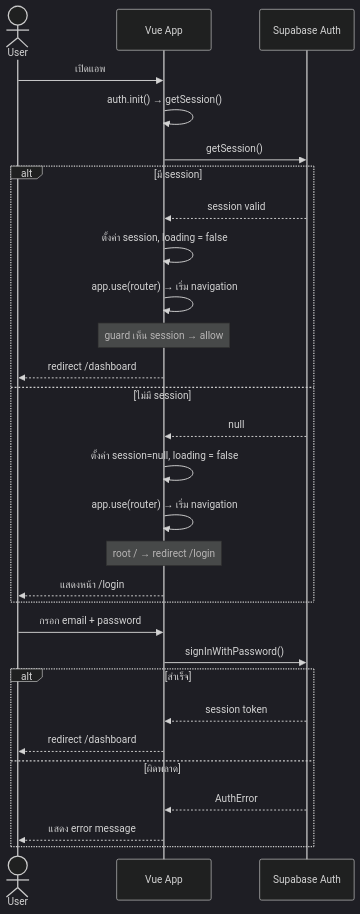
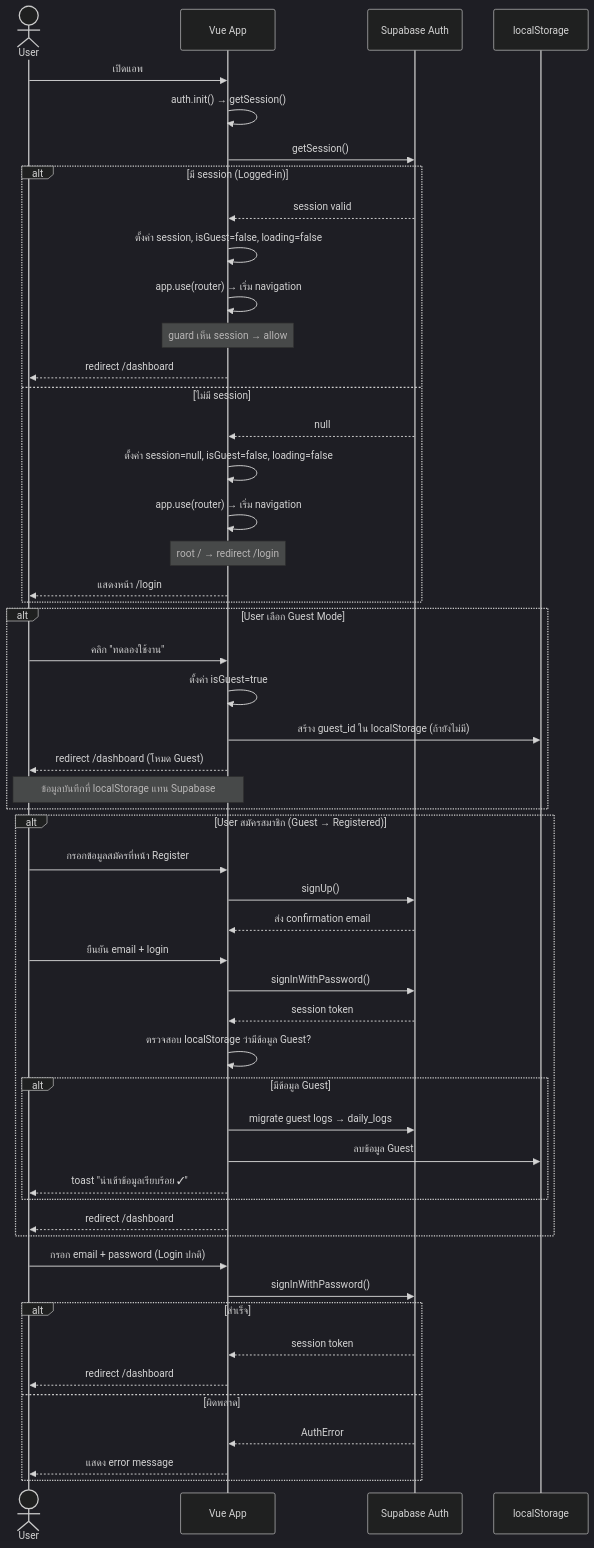
One commit to KomnutWanNTL/KidHealthTracker changed the second of 5 diagrams in .docs/requirements-kidhealth-tracker.md. Above: the diagram before and after it, drawn with Mermaid (dark theme). The commit also changed other lines of this file and 2 other files, not shown here.

First line of the commit message:
docs: add Guest Mode (v2.0.0) documentation to requirements, plan, and tasks

````diff
--- a/.docs/requirements-kidhealth-tracker.md
+++ b/.docs/requirements-kidhealth-tracker.md
@@ -58,33 +73,58 @@
 ```mermaid
 sequenceDiagram
     actor User
     participant Vue as Vue App
     participant Supabase as Supabase Auth
+    participant LS as localStorage
 
     User->>Vue: เปิดแอพ
     Vue->>Vue: auth.init() → getSession()
     Vue->>Supabase: getSession()
-    alt มี session
+    alt มี session (Logged-in)
         Supabase-->>Vue: session valid
-        Vue->>Vue: ตั้งค่า session, loading = false
+        Vue->>Vue: ตั้งค่า session, isGuest=false, loading=false
         Vue->>Vue: app.use(router) → เริ่ม navigation
         Note over Vue: guard เห็น session → allow
         Vue-->>User: redirect /dashboard
     else ไม่มี session
         Supabase-->>Vue: null
-        Vue->>Vue: ตั้งค่า session=null, loading = false
+        Vue->>Vue: ตั้งค่า session=null, isGuest=false, loading=false
         Vue->>Vue: app.use(router) → เริ่ม navigation
         Note over Vue: root / → redirect /login
         Vue-->>User: แสดงหน้า /login
     end
 
-    User->>Vue: กรอก email + password
+    alt User เลือก Guest Mode
+        User->>Vue: คลิก "ทดลองใช้งาน"
+        Vue->>Vue: ตั้งค่า isGuest=true
+        Vue->>LS: สร้าง guest_id ใน localStorage (ถ้ายังไม่มี)
+        Vue-->>User: redirect /dashboard (โหมด Guest)
+        Note over User,Vue: ข้อมูลบันทึกที่ localStorage แทน Supabase
+    end
+
+    alt User สมัครสมาชิก (Guest → Registered)
+        User->>Vue: กรอกข้อมูลสมัครที่หน้า Register
+        Vue->>Supabase: signUp()
+        Supabase-->>Vue: ส่ง confirmation email
+        User->>Vue: ยืนยัน email + login
+        Vue->>Supabase: signInWithPassword()
+        Supabase-->>Vue: session token
+        Vue->>Vue: ตรวจสอบ localStorage ว่ามีข้อมูล Guest?
+        alt มีข้อมูล Guest
+            Vue->>Supabase: migrate guest logs → daily_logs
+            Vue->>LS: ลบข้อมูล Guest
+            Vue-->>User: toast "นำเข้าข้อมูลเรียบร้อย ✓"
+        end
+        Vue-->>User: redirect /dashboard
+    end
+
+    User->>Vue: กรอก email + password (Login ปกติ)
     Vue->>Supabase: signInWithPassword()
     alt สำเร็จ
         Supabase-->>Vue: session token
         Vue-->>User: redirect /dashboard
     else ผิดพลาด
         Supabase-->>Vue: AuthError
         Vue-->>User: แสดง error message
     end
 ```
````
